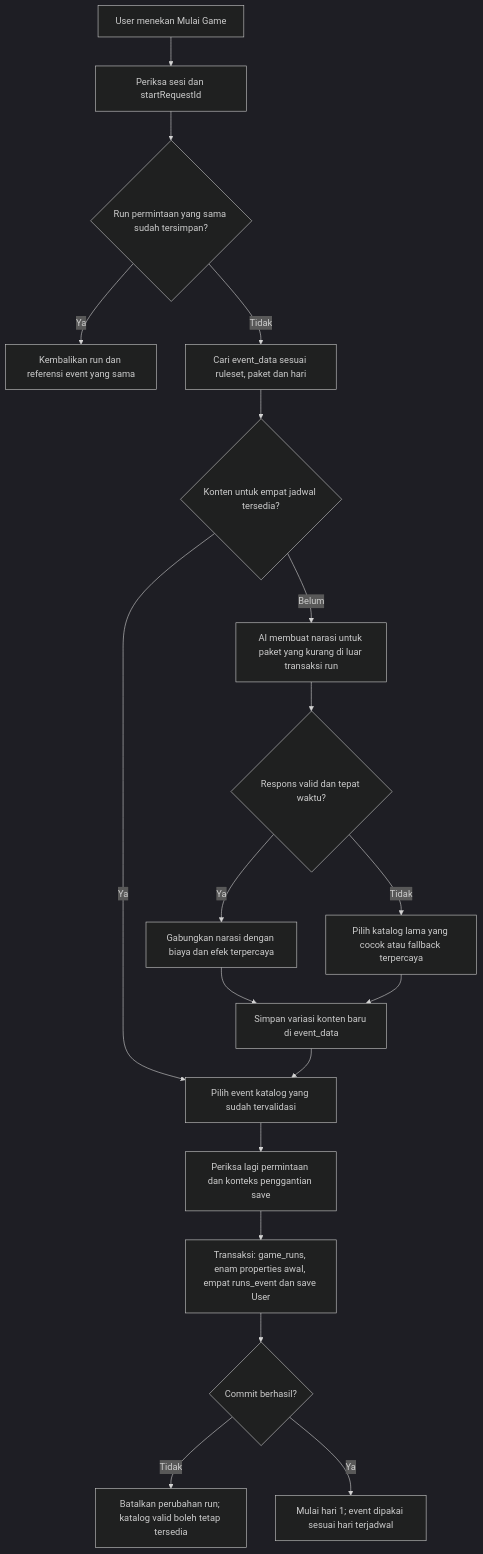
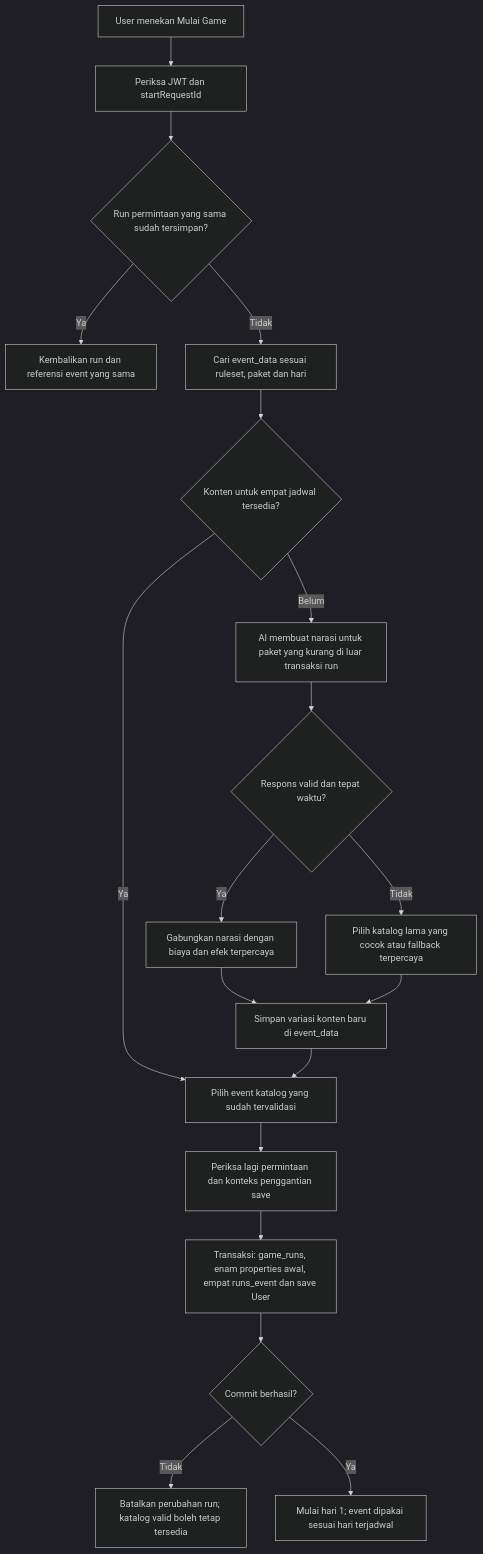
The fifth of 6 diagrams in docs/database/FLOW_DATABASE.md (Three-Musketeers-Hacktiv/Final-Project), drawn with Mermaid (dark theme) before and after one commit. The commit also changed other lines of this file and 5 other files, not shown here.

````diff
--- a/docs/database/FLOW_DATABASE.md
+++ b/docs/database/FLOW_DATABASE.md
@@ -145,21 +145,21 @@
 ```mermaid
 flowchart TD
-    A[User menekan Mulai Game] --> B[Periksa sesi dan startRequestId]
+    A[User menekan Mulai Game] --> B[Periksa JWT dan startRequestId]
     B --> C{Run permintaan yang sama sudah tersimpan?}
     C -->|Ya| D[Kembalikan run dan referensi event yang sama]
     C -->|Tidak| E[Cari event_data sesuai ruleset, paket dan hari]
     E --> F{Konten untuk empat jadwal tersedia?}
     F -->|Ya| G[Pilih event katalog yang sudah tervalidasi]
     F -->|Belum| H[AI membuat narasi untuk paket yang kurang di luar transaksi run]
     H --> I{Respons valid dan tepat waktu?}
     I -->|Ya| J[Gabungkan narasi dengan biaya dan efek terpercaya]
     I -->|Tidak| K[Pilih katalog lama yang cocok atau fallback terpercaya]
     J --> L[Simpan variasi konten baru di event_data]
     K --> L
     L --> G
     G --> M[Periksa lagi permintaan dan konteks penggantian save]
     M --> N[Transaksi: game_runs, enam properties awal, empat runs_event dan save User]
     N --> O{Commit berhasil?}
     O -->|Tidak| P[Batalkan perubahan run; katalog valid boleh tetap tersedia]
     O -->|Ya| Q[Mulai hari 1; event dipakai sesuai hari terjadwal]
 ```
````
